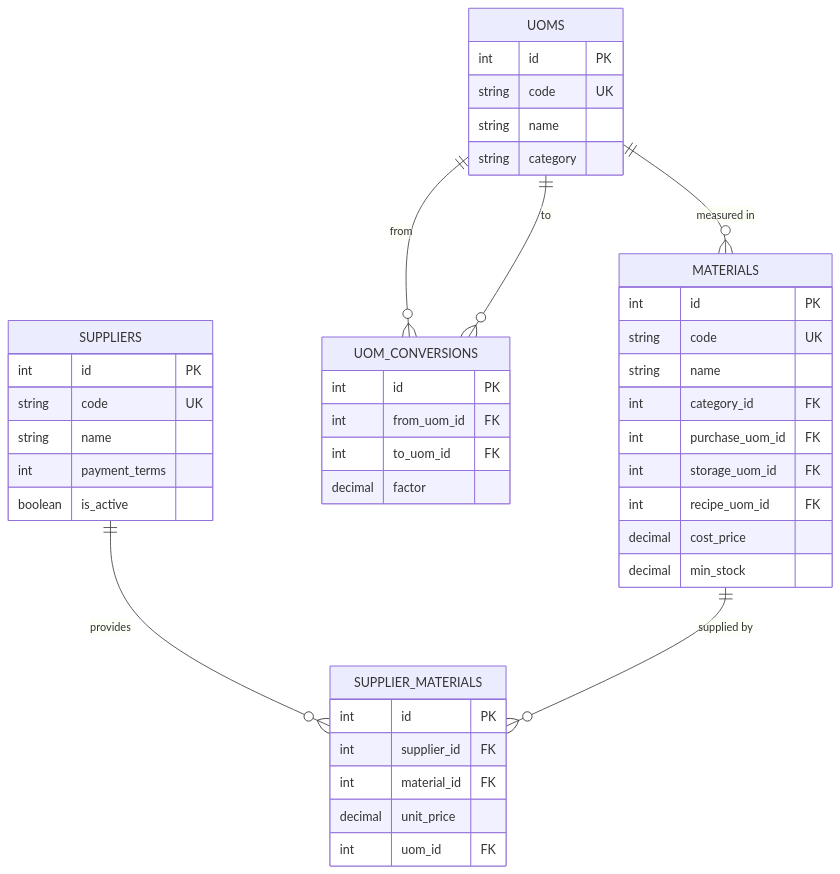
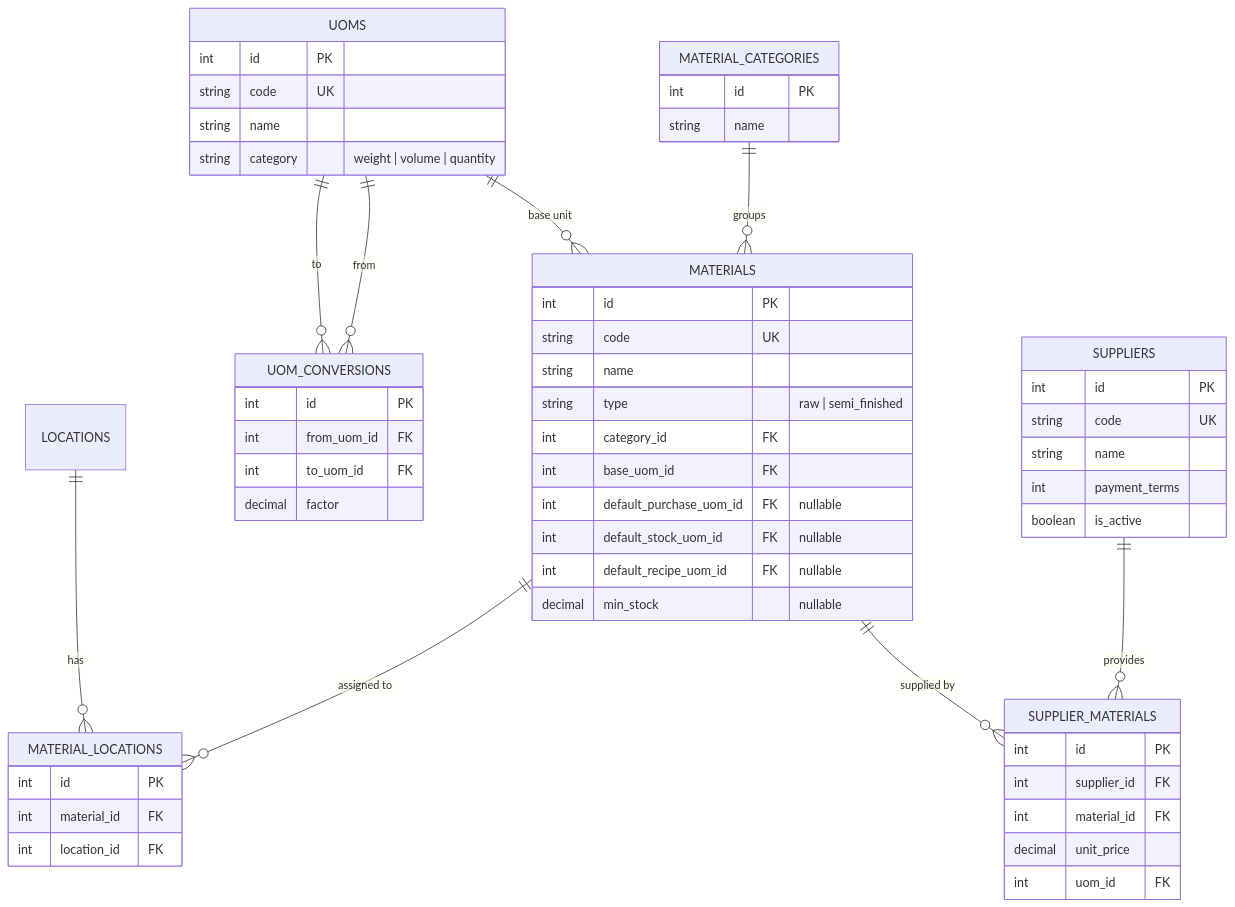
Before and after one commit to Ikki-Group/erp: the diagram in docs/database/erd/master-data.md, drawn with Mermaid. The commit also changed other lines of this file and 1 other file, not shown here.

Commit message:
docs: update master-data and inventory ERDs (base UoM, material_locations, production, cost_price per location)

````diff
--- a/docs/database/erd/master-data.md
+++ b/docs/database/erd/master-data.md
@@ -7,46 +7,59 @@
 ```mermaid
 erDiagram
+    MATERIAL_CATEGORIES {
+        int id PK
+        string name
+    }
     MATERIALS {
         int id PK
         string code UK
         string name
+        string type "raw | semi_finished"
         int category_id FK
-        int purchase_uom_id FK
-        int storage_uom_id FK
-        int recipe_uom_id FK
-        decimal cost_price
-        decimal min_stock
+        int base_uom_id FK
+        int default_purchase_uom_id FK "nullable"
+        int default_stock_uom_id FK "nullable"
+        int default_recipe_uom_id FK "nullable"
+        decimal min_stock "nullable"
+    }
+    MATERIAL_LOCATIONS {
+        int id PK
+        int material_id FK
+        int location_id FK
     }
     UOMS {
         int id PK
         string code UK
         string name
-        string category
+        string category "weight | volume | quantity"
     }
     UOM_CONVERSIONS {
         int id PK
         int from_uom_id FK
         int to_uom_id FK
         decimal factor
     }
     SUPPLIERS {
         int id PK
         string code UK
         string name
         int payment_terms
         boolean is_active
     }
     SUPPLIER_MATERIALS {
         int id PK
         int supplier_id FK
         int material_id FK
         decimal unit_price
         int uom_id FK
     }
 
+    MATERIAL_CATEGORIES ||--o{ MATERIALS : "groups"
+    UOMS ||--o{ MATERIALS : "base unit"
     UOMS ||--o{ UOM_CONVERSIONS : "from"
     UOMS ||--o{ UOM_CONVERSIONS : "to"
-    UOMS ||--o{ MATERIALS : "measured in"
+    MATERIALS ||--o{ MATERIAL_LOCATIONS : "assigned to"
+    LOCATIONS ||--o{ MATERIAL_LOCATIONS : "has"
     SUPPLIERS ||--o{ SUPPLIER_MATERIALS : "provides"
     MATERIALS ||--o{ SUPPLIER_MATERIALS : "supplied by"
 ```
````
